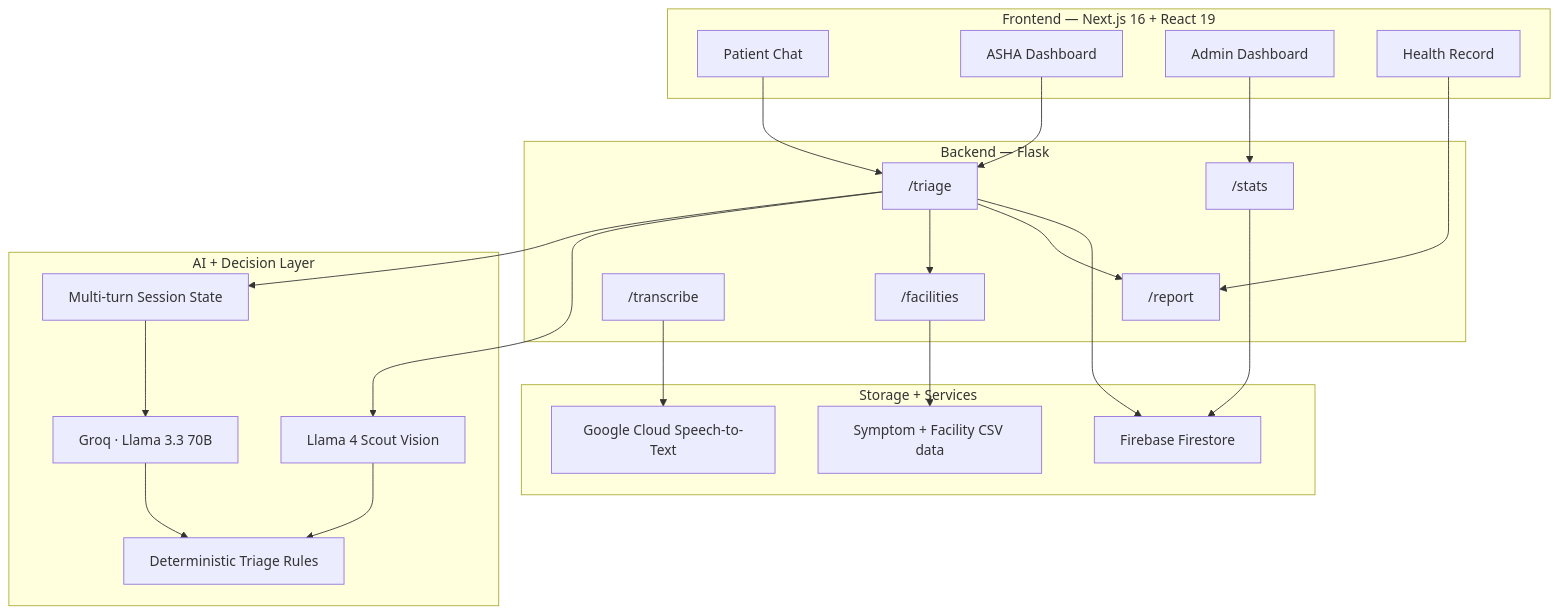
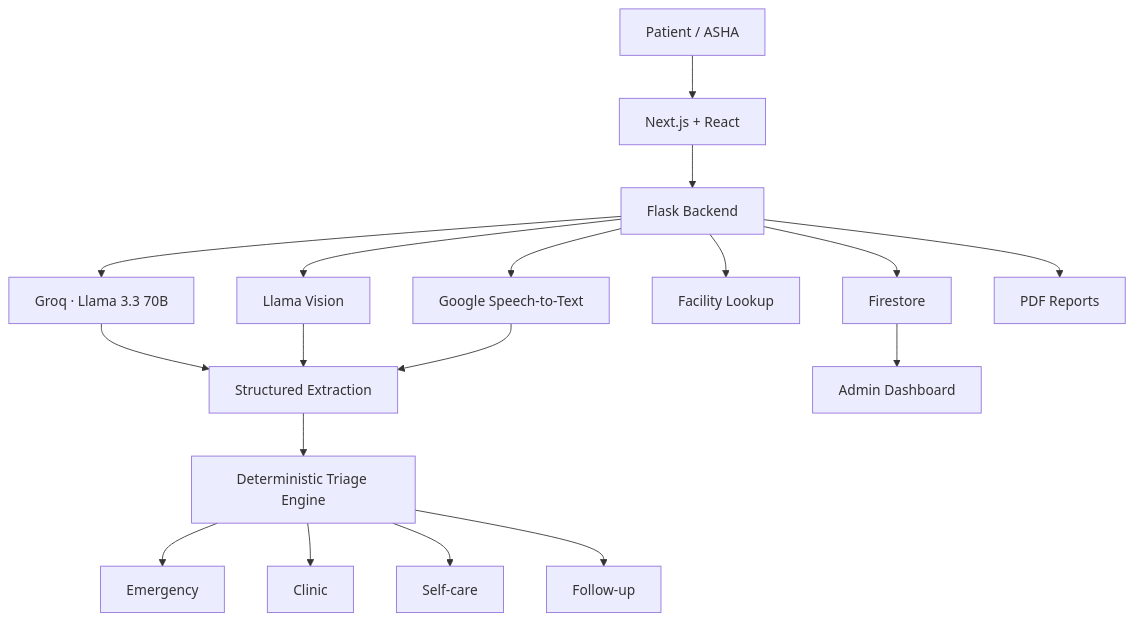
Before and after one commit to prathamkariya/AarogyaBot: the diagram in README.md, drawn with Mermaid. The commit also changed other lines of this file, not shown here.

````diff
--- a/README.md
+++ b/README.md
@@ -163,48 +127,25 @@
 ```mermaid
 flowchart TB
-    subgraph CLIENT["Frontend — Next.js 16 + React 19"]
-        P["Patient Chat"]
-        A["ASHA Dashboard"]
-        D["Admin Dashboard"]
-        R["Health Record"]
-    end
+    U["Patient / ASHA"] --> FE["Next.js + React"]
+    FE --> API["Flask Backend"]
 
-    subgraph API["Backend — Flask"]
-        T["/triage"]
-        F["/facilities"]
-        S["/stats"]
-        W["/transcribe"]
-        PDF["/report"]
-    end
+    API --> LLM["Groq · Llama 3.3 70B"]
+    API --> V["Llama Vision"]
+    API --> STT["Google Speech-to-Text"]
 
-    subgraph AI["AI + Decision Layer"]
-        LLM["Groq · Llama 3.3 70B"]
-        VISION["Llama 4 Scout Vision"]
-        RULES["Deterministic Triage Rules"]
-        SESSION["Multi-turn Session State"]
-    end
+    LLM --> X["Structured Extraction"]
+    V --> X
+    STT --> X
 
-    subgraph DATA["Storage + Services"]
-        FS["Firebase Firestore"]
-        DATASET["Symptom + Facility CSV data"]
-        SPEECH["Google Cloud Speech-to-Text"]
-    end
+    X --> R["Deterministic Triage Engine"]
 
-    P --> T
-    A --> T
-    D --> S
-    R --> PDF
+    R --> E["Emergency"]
+    R --> C["Clinic"]
+    R --> S["Self-care"]
+    R --> Q["Follow-up"]
 
-    T --> SESSION
-    SESSION --> LLM
-    T --> VISION
-    LLM --> RULES
-    VISION --> RULES
-
-    T --> F
-    T --> PDF
-    T --> FS
-    S --> FS
-    W --> SPEECH
-    F --> DATASET
+    API --> GEO["Facility Lookup"]
+    API --> FS["Firestore"]
+    API --> PDF["PDF Reports"]
+    FS --> AD["Admin Dashboard"]
 ```
````
